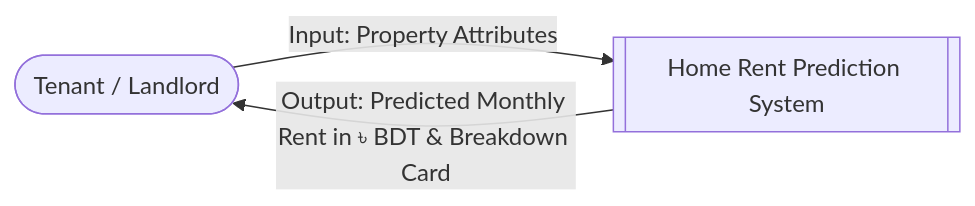
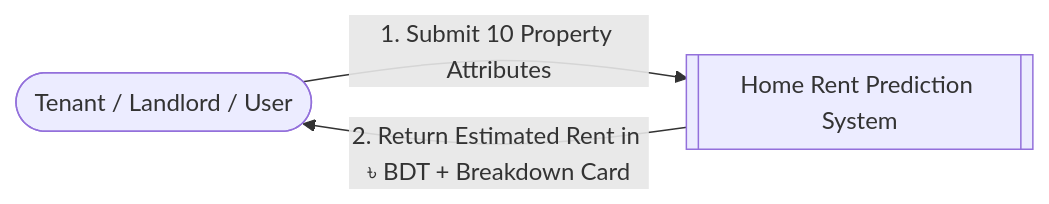
The fourth of 8 diagrams in PROJECT_REPORT.md (SRAKIB17/home-rent-prediction), drawn with Mermaid before and after one commit. The commit also changed other lines of this file, not shown here.

````diff
--- a/PROJECT_REPORT.md
+++ b/PROJECT_REPORT.md
@@ -411,5 +679,5 @@
 ```mermaid
 flowchart LR
-    User([Tenant / Landlord]) -->|Input: Property Attributes| System[[Home Rent Prediction System]]
-    System -->|Output: Predicted Monthly Rent in ৳ BDT & Breakdown Card| User
+    TenantLandlord([Tenant / Landlord / User]) -->|1. Submit 10 Property Attributes| System[[Home Rent Prediction System]]
+    System -->|2. Return Estimated Rent in ৳ BDT + Breakdown Card| TenantLandlord
 ```
````
